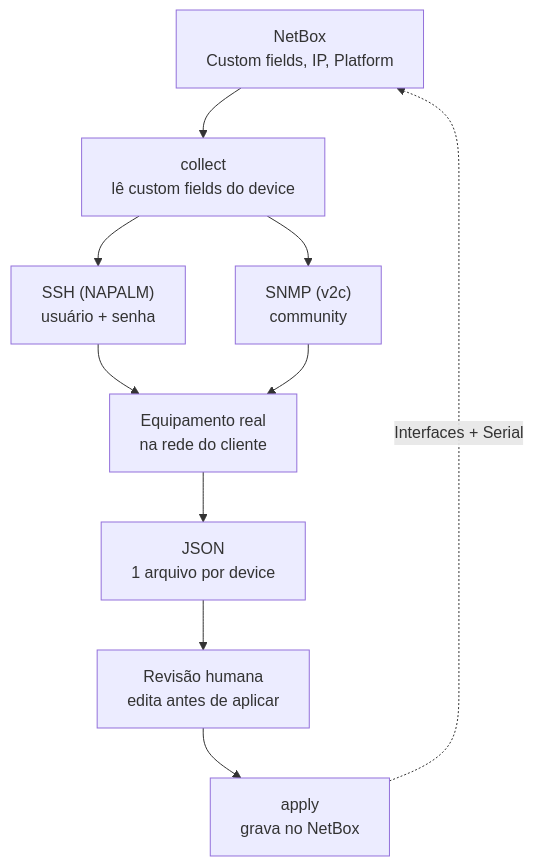
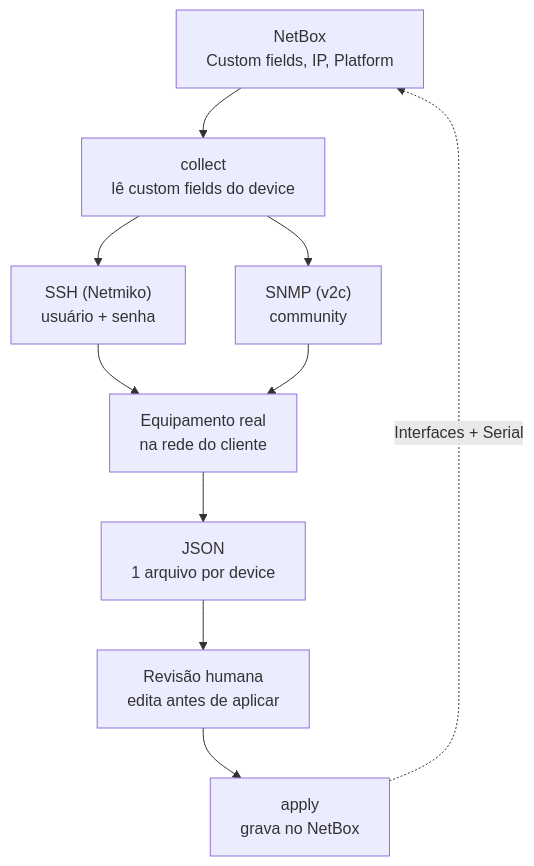
One commit to andersmonteiro/netbox-2.0 changed the diagram in README.md. Above: the diagram before and after it, drawn with Mermaid. The commit also changed other lines of this file and 11 other files, not shown here.

````diff
--- a/README.md
+++ b/README.md
@@ -286,12 +295,12 @@
 ```mermaid
 flowchart TD
     NB["NetBox<br/>Custom fields, IP, Platform"] --> C["collect<br/>lê custom fields do device"]
-    C --> SSH["SSH (NAPALM)<br/>usuário + senha"]
+    C --> SSH["SSH (Netmiko)<br/>usuário + senha"]
     C --> SNMP["SNMP (v2c)<br/>community"]
     SSH --> EQ["Equipamento real<br/>na rede do cliente"]
     SNMP --> EQ
     EQ --> J["JSON<br/>1 arquivo por device"]
     J --> R["Revisão humana<br/>edita antes de aplicar"]
     R --> A["apply<br/>grava no NetBox"]
     A -. "Interfaces + Serial" .-> NB
 ```
````
